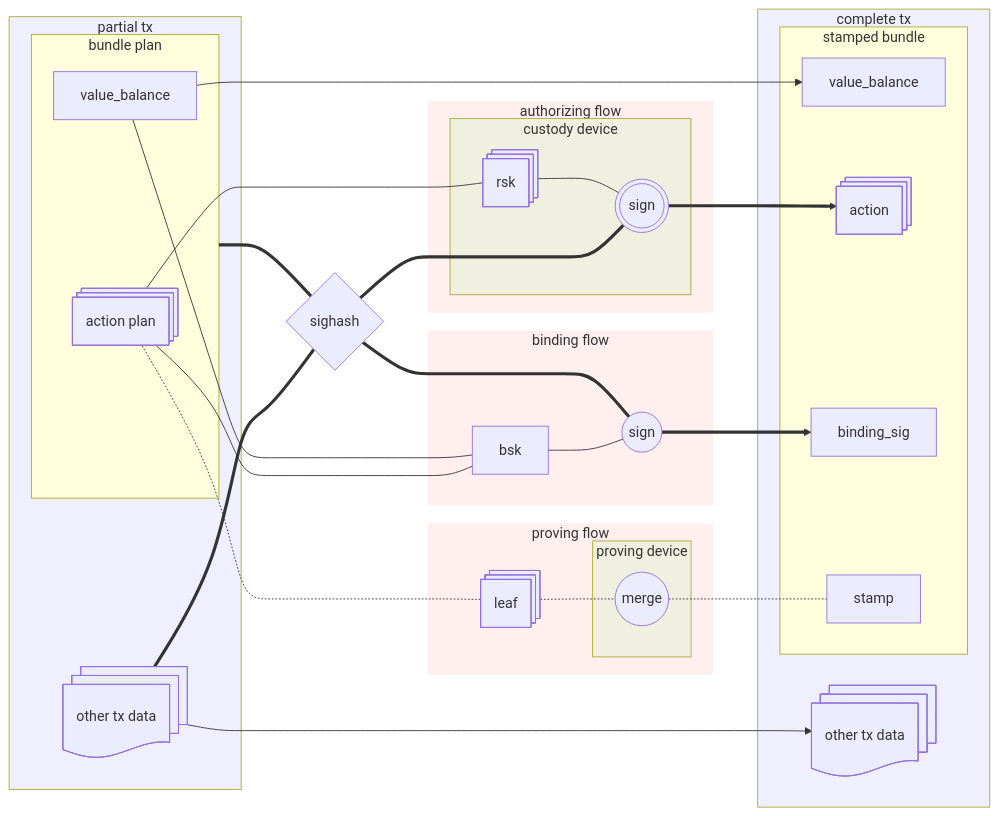
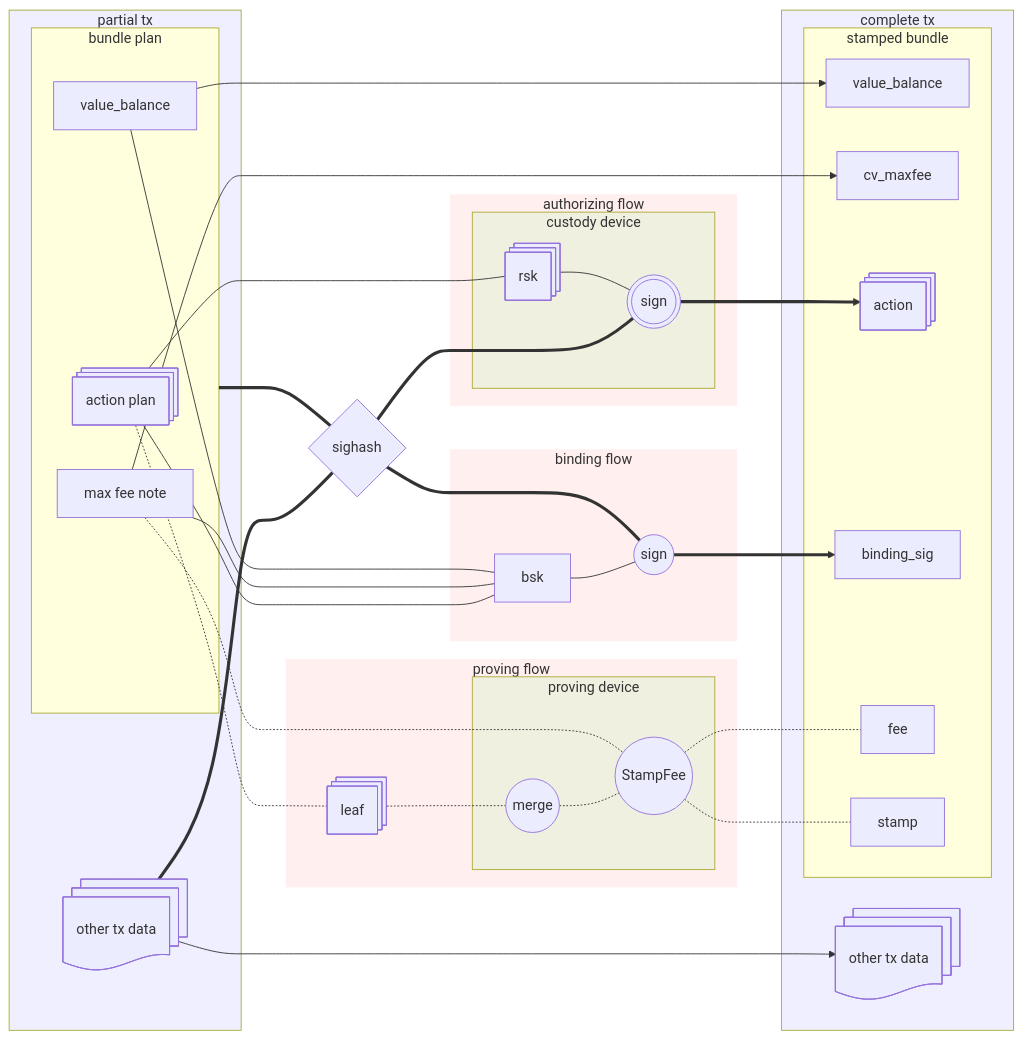
The second of 3 diagrams in book/src/authorization.md (tachyon-zcash/tachyon), drawn with Mermaid before and after one commit. The commit also changed other lines of this file and 7 other files, not shown here.

````diff
--- a/book/src/authorization.md
+++ b/book/src/authorization.md
@@ -172,68 +182,74 @@
 ```mermaid
 flowchart LR
     style proving fill:#ff000010,stroke:none
     style authorization fill:#ff000010,stroke:none
     style binding fill:#ff000010,stroke:none
 
     style custody fill:#00ff0010
     style prover fill:#00ff0010
 
     style pczt fill:#0000ff10
     style tx fill:#0000ff10
 
 
     subgraph pczt[partial tx]
         subgraph bundle_plan["bundle plan"]
             action_plan@{ shape: st-rect, label: "action plan" }
+            max_fee_note["max fee note"]
             value_balance
         end
         other1@{ shape: st-doc, label: "other tx data" } 
     end
     pczt ~~~ sighash{sighash}
     bundle_plan & other1 === sighash 
 
 
     value_balance --> value_balance_2[value_balance]
+    max_fee_note --> cv_maxfee
 
     subgraph tx[complete tx]
         subgraph bundle["stamped bundle"]
             value_balance_2[value_balance]
             action@{ shape: st-rect }
+            cv_maxfee
             binding_sig
+            fee
             stamp
         end
         other2@{ shape: st-doc, label: "other tx data" }
     end
 
 
 
     subgraph proving["proving flow"]
         leaf@{ shape: st-rect, label: "leaf" }
         subgraph prover["proving device"]
             merge((merge))
+            stamp_fee((StampFee))
         end
     end
-    action_plan -.- leaf -.- merge -.- stamp
+    action_plan -.- leaf -.- merge -.- stamp_fee -.- stamp
+    max_fee_note -.- stamp_fee -.- fee
 
 
     sighash ~~~ binding
     subgraph binding["binding flow"]
         bsk 
         sign_binding_sig(("sign"))
     end
-    action_plan & value_balance --- bsk --- sign_binding_sig ==> binding_sig
+    action_plan & max_fee_note & value_balance --- bsk --- sign_binding_sig ==> binding_sig
     sighash === sign_binding_sig
 
     sighash ~~~ authorization
     subgraph authorization["authorizing flow"]
         subgraph custody["custody device"]
             rsk@{ shape: st-rect }
             sign_action((("sign")))
         end
     end
     sighash === sign_action
     action_plan --- rsk --- sign_action ==> action
 
     other1 --> other2
     pczt ~~~ sighash
 ```
````
